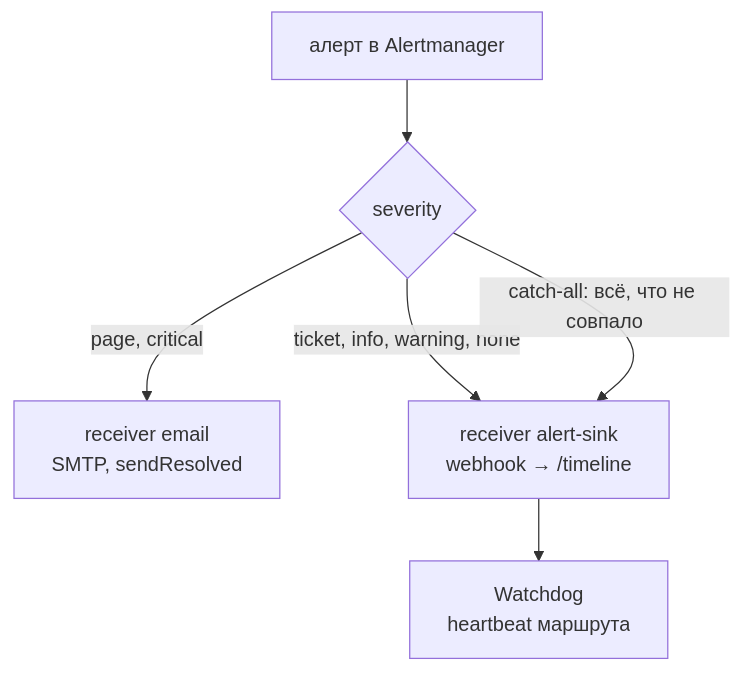
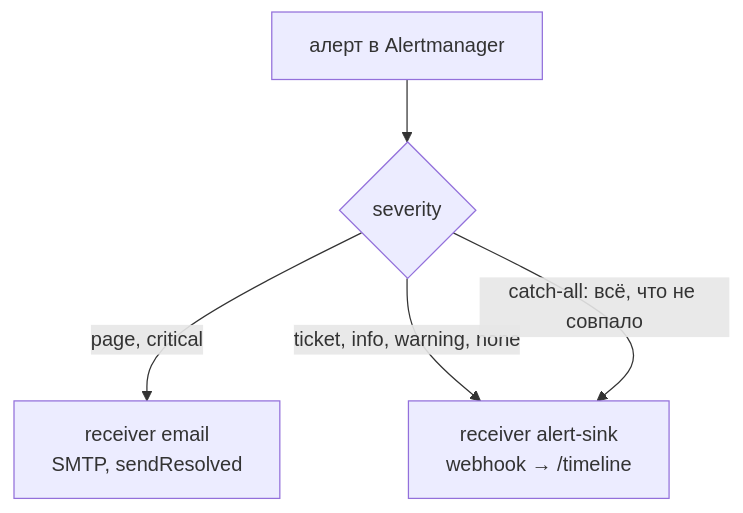
One commit to morgenvor/k8s-observability-lab changed the second of 2 diagrams in README.md. Above: the diagram before and after it, drawn with Mermaid. The commit also changed other lines of this file, not shown here.

First line of the commit message:
docs(readme): метки рёбер mermaid в форме -->|...|, без ложного ребра от sink

````diff
--- a/README.md
+++ b/README.md
@@ -37,8 +37,7 @@
 ```mermaid
 flowchart TD
   alert["алерт в Alertmanager"] --> severity{"severity"}
-  severity -- "page, critical" --> email["receiver email<br/>SMTP, sendResolved"]
-  severity -- "ticket, info, warning, none" --> sink["receiver alert-sink<br/>webhook → /timeline"]
-  severity -- "catch-all: всё, что не совпало" --> sink
-  sink --> watchdog["Watchdog<br/>heartbeat маршрута"]
+  severity -->|"page, critical"| email["receiver email<br/>SMTP, sendResolved"]
+  severity -->|"ticket, info, warning, none"| sink["receiver alert-sink<br/>webhook → /timeline"]
+  severity -->|"catch-all: всё, что не совпало"| sink
 ```
````
